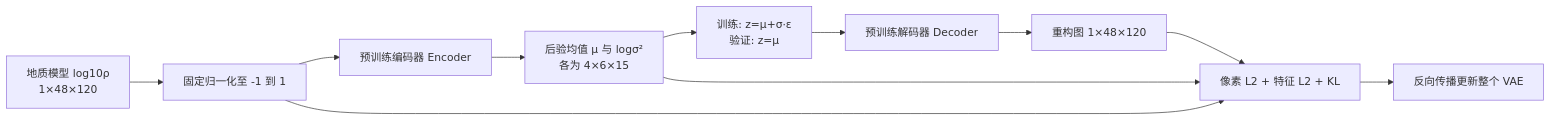
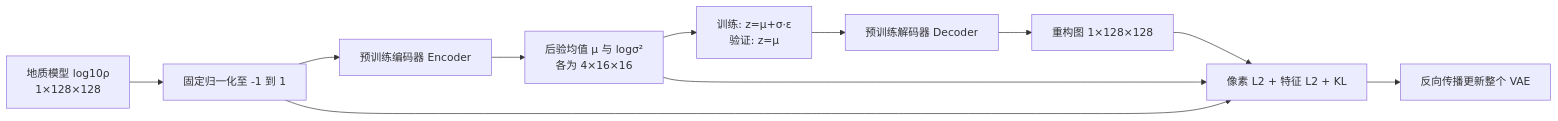
The diagram in TRAINING.md (yitao1001/LWD2p5-VAE), drawn with Mermaid before and after one commit. The commit also changed other lines of this file and 91 other files, not shown here.

````diff
--- a/TRAINING.md
+++ b/TRAINING.md
@@ -9,13 +9,13 @@
 ```mermaid
 flowchart LR
-  A[地质模型 log10ρ<br/>1×48×120] --> B[固定归一化至 -1 到 1]
+  A[地质模型 log10ρ<br/>1×128×128] --> B[固定归一化至 -1 到 1]
   B --> C[预训练编码器 Encoder]
-  C --> D[后验均值 μ 与 logσ²<br/>各为 4×6×15]
+  C --> D[后验均值 μ 与 logσ²<br/>各为 4×16×16]
   D --> E[训练: z=μ+σ·ε<br/>验证: z=μ]
   E --> F[预训练解码器 Decoder]
-  F --> G[重构图 1×48×120]
+  F --> G[重构图 1×128×128]
   G --> H[像素 L2 + 特征 L2 + KL]
   B --> H
   D --> H
   H --> I[反向传播更新整个 VAE]
 ```
````
